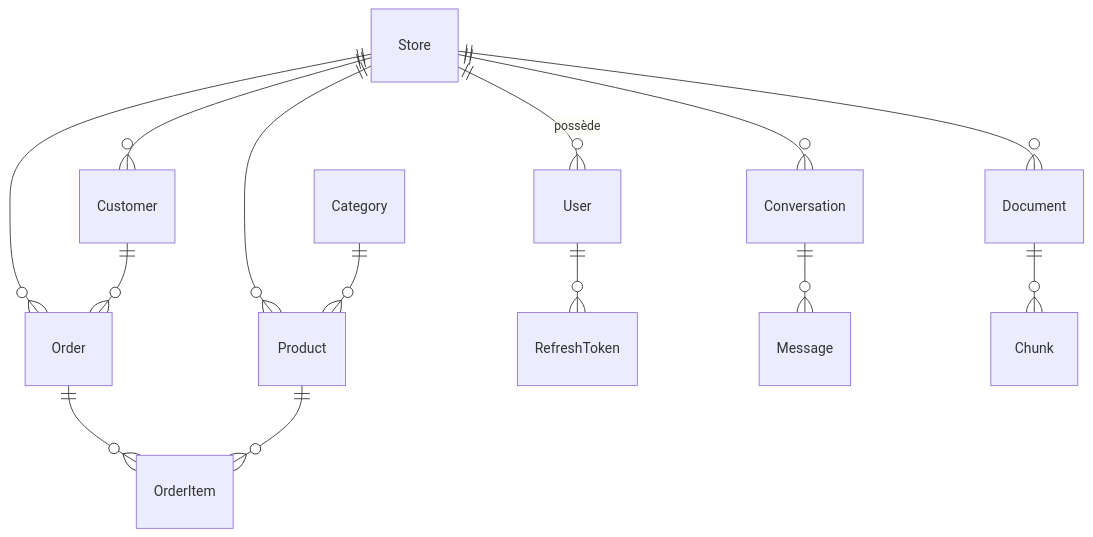
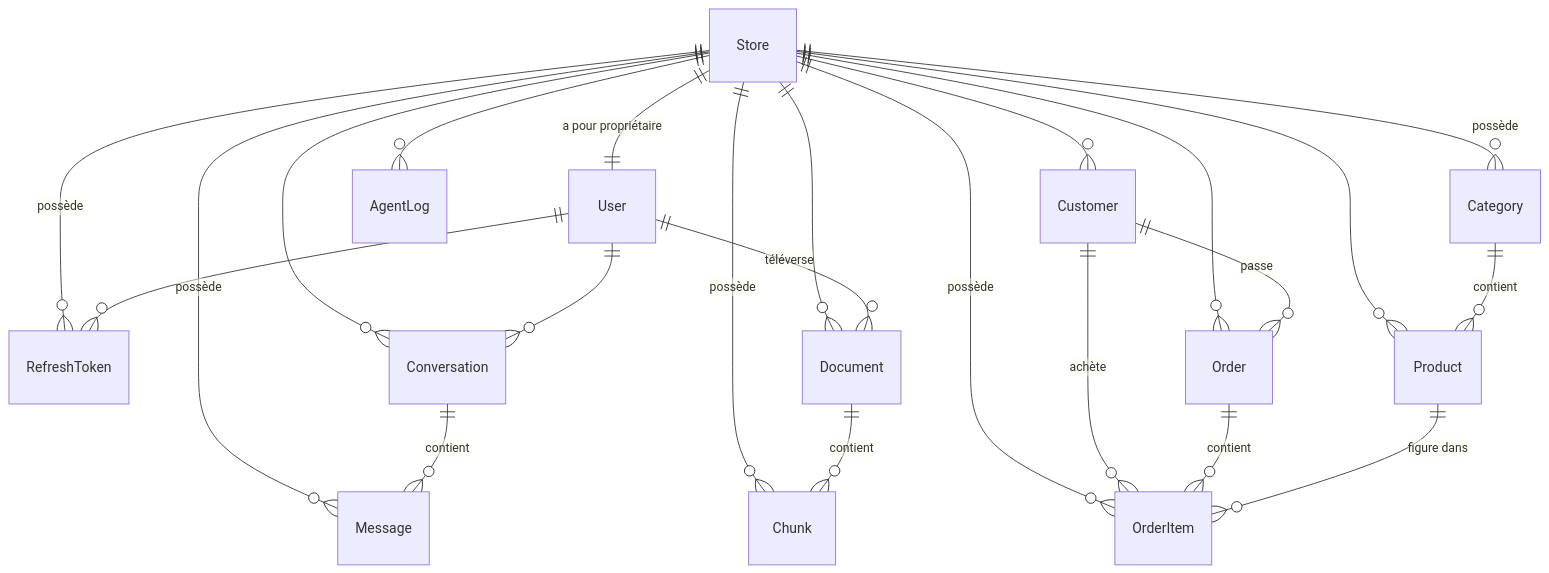
Before and after one commit to omartkd7/Shopmates.Ai: the third of 3 diagrams in README.md, drawn with Mermaid. The commit also changed other lines of this file and 21 other files, not shown here.

````diff
--- a/README.md
+++ b/README.md
@@ -230,16 +231,25 @@
 ```mermaid
 erDiagram
-    Store ||--o{ User : "possède"
+  Store ||--|| User : "a pour propriétaire"
+  Store ||--o{ RefreshToken : "possède"
+  Store ||--o{ Category : "possède"
     Store ||--o{ Product : ""
     Store ||--o{ Customer : ""
     Store ||--o{ Order : ""
+  Store ||--o{ OrderItem : "possède"
     Store ||--o{ Conversation : ""
+  Store ||--o{ Message : "possède"
     Store ||--o{ Document : ""
+  Store ||--o{ Chunk : "possède"
+  Store ||--o{ AgentLog : ""
     User ||--o{ RefreshToken : ""
-    Category ||--o{ Product : ""
-    Customer ||--o{ Order : ""
-    Order ||--o{ OrderItem : ""
-    Product ||--o{ OrderItem : ""
-    Conversation ||--o{ Message : ""
-    Document ||--o{ Chunk : ""
+  User ||--o{ Conversation : ""
+  User ||--o{ Document : "téléverse"
+  Category ||--o{ Product : "contient"
+  Customer ||--o{ Order : "passe"
+  Customer ||--o{ OrderItem : "achète"
+  Order ||--o{ OrderItem : "contient"
+  Product ||--o{ OrderItem : "figure dans"
+  Conversation ||--o{ Message : "contient"
+  Document ||--o{ Chunk : "contient"
 ```
````
